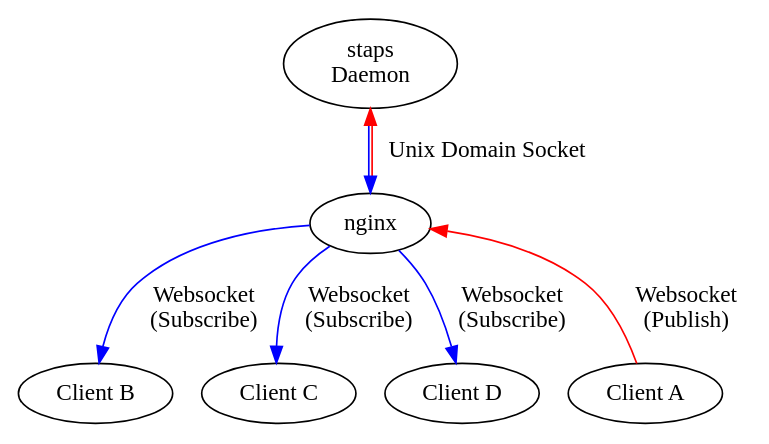
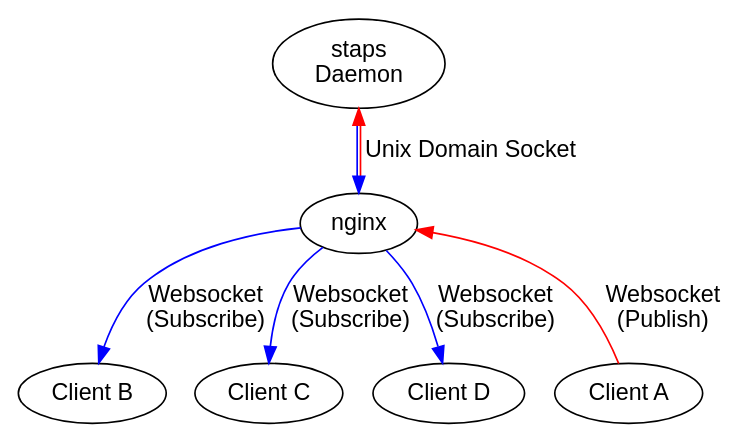
One commit to fladi/staps changed the diagram in docs/staps.dot. Above: the diagram before and after it, drawn with Graphviz.

Commit message:
Do not use local font for SVG but use a browser safe name like "sans-serif".

```diff
--- a/docs/staps.dot
+++ b/docs/staps.dot
@@ -1,11 +1,11 @@
 digraph G {
-  graph [fontname = "Bitstream Vera Sans"];
-  node [fontname = "Bitstream Vera Sans"];
-  edge [fontname = "Bitstream Vera Sans"];
+  graph [fontname = "sans-serif"];
+  node [fontname = "sans-serif"];
+  edge [fontname = "sans-serif"];
   "staps\nDaemon" -> "nginx" [dir="both", label="Unix Domain Socket", color="blue:red"];
   "Client A" -> "nginx" [dir="forward", label="Websocket\n(Publish)", color="red"];
   nginx -> "Client B" [dir="forward", label="Websocket\n(Subscribe)", color="blue"];
   nginx -> "Client C" [dir="forward", label="Websocket\n(Subscribe)", color="blue"];
   nginx -> "Client D" [dir="forward", label="Websocket\n(Subscribe)", color="blue"];
   {rank=same;"Client A" "Client B" "Client C" "Client D"}
 }
```
